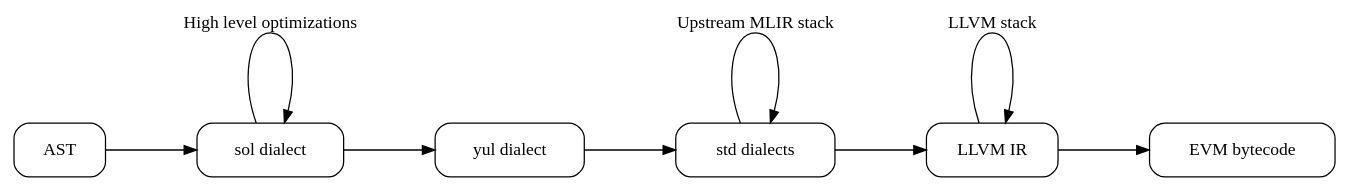
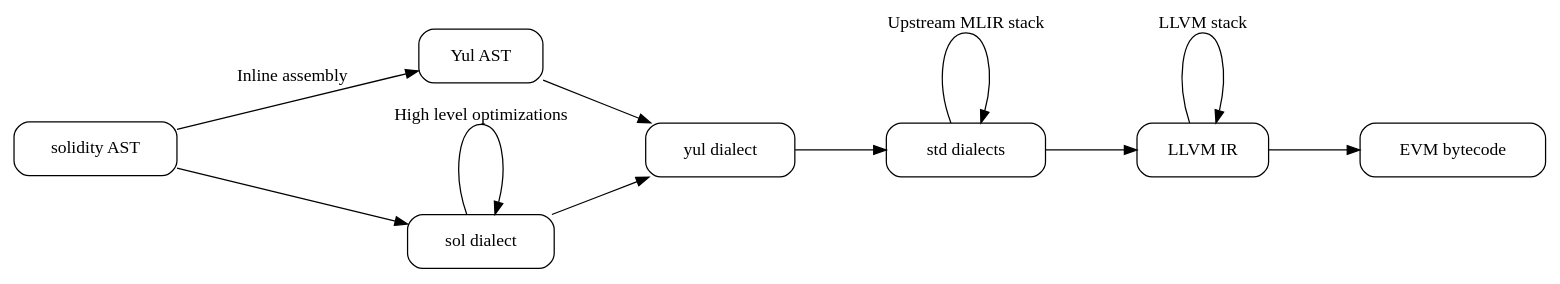
Before and after one commit to abinavpp/solc-mlir-demo: the diagram in solc-mlir-pipeline.dot, drawn with Graphviz. The commit also changed 1 other file, not shown here.

Commit message:
Add yul ast to the pipeline graph

```diff
--- a/solc-mlir-pipeline.dot
+++ b/solc-mlir-pipeline.dot
@@ -1,22 +1,25 @@
 digraph G {
   rankdir=LR;
   nodesep=1.0;
   ranksep=1.0;
   node [shape=box, style=rounded, fontsize=14, margin="0.3,0.2"];
 
-  ast      [label="AST"];
-  sol      [label="sol dialect"];
-  yul      [label="yul dialect"];
-  std      [label="std dialects"];
-  llvm     [label="LLVM IR"];
+  ast [label="solidity AST"];
+  yast [label="Yul AST"];
+  sol [label="sol dialect"];
+  yul [label="yul dialect"];
+  std [label="std dialects"];
+  llvm [label="LLVM IR"];
   bytecode [label="EVM bytecode"];
 
-  ast  -> sol;
-  sol  -> sol    [label="High level optimizations"];
-  sol  -> yul;
-  yul  -> std;
-  std  -> std    [label="Upstream MLIR stack"];
-  std  -> llvm;
-  llvm -> llvm   [label="LLVM stack"];
+  ast -> sol;
+  sol -> sol [label="High level optimizations"];
+  sol -> yul;
+  yul -> std;
+  std -> std [label="Upstream MLIR stack"];
+  std -> llvm;
+  llvm -> llvm [label="LLVM stack"];
   llvm -> bytecode;
+  ast -> yast [label="Inline assembly"]
+  yast -> yul;
 }
```
